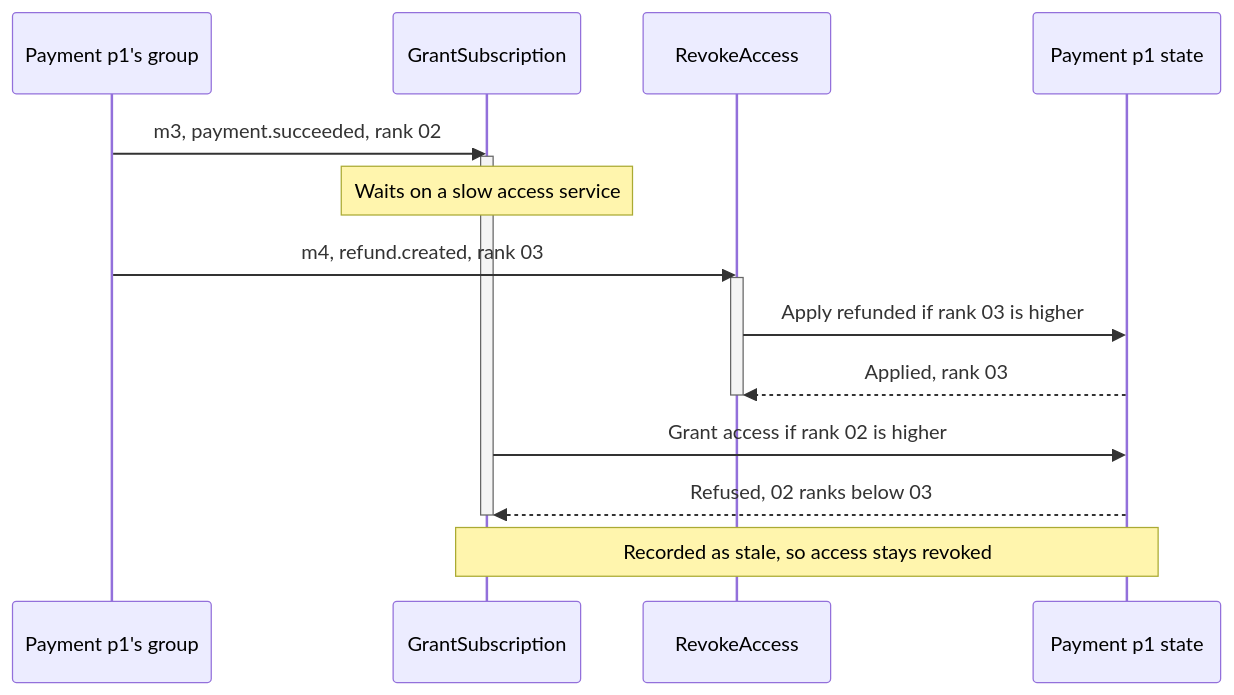
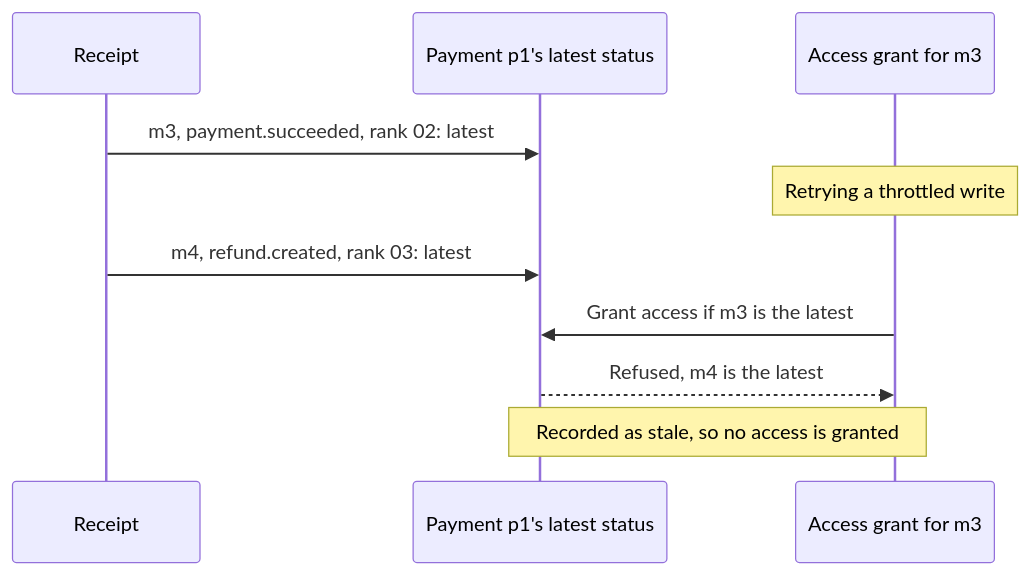
One commit to gabrielroriz/aws-resilient-payment-flow changed the diagram in docs/architecture/ordering-and-retries.md. Above: the diagram before and after it, drawn with Mermaid. The commit also changed other lines of this file and 58 other files, not shown here.

First line of the commit message:
feat: grant subscription access through a durable workflow

````diff
--- a/docs/architecture/ordering-and-retries.md
+++ b/docs/architecture/ordering-and-retries.md
@@ -56,19 +55,12 @@
 ```mermaid
 sequenceDiagram
-    participant Queue as Payment p1's group
-    participant Grant as GrantSubscription
-    participant Revoke as RevokeAccess
-    participant State as Payment p1 state
-    Queue->>Grant: m3, payment.succeeded, rank 02
-    activate Grant
-    Note over Grant: Waits on a slow access service
-    Queue->>Revoke: m4, refund.created, rank 03
-    activate Revoke
-    Revoke->>State: Apply refunded if rank 03 is higher
-    State-->>Revoke: Applied, rank 03
-    deactivate Revoke
-    Grant->>State: Grant access if rank 02 is higher
-    State-->>Grant: Refused, 02 ranks below 03
-    deactivate Grant
-    Note over Grant,State: Recorded as stale, so access stays revoked
+    participant Receipt
+    participant Latest as Payment p1's latest status
+    participant Grant as Access grant for m3
+    Receipt->>Latest: m3, payment.succeeded, rank 02: latest
+    Note over Grant: Retrying a throttled write
+    Receipt->>Latest: m4, refund.created, rank 03: latest
+    Grant->>Latest: Grant access if m3 is the latest
+    Latest-->>Grant: Refused, m4 is the latest
+    Note over Grant,Latest: Recorded as stale, so no access is granted
 ```
````
